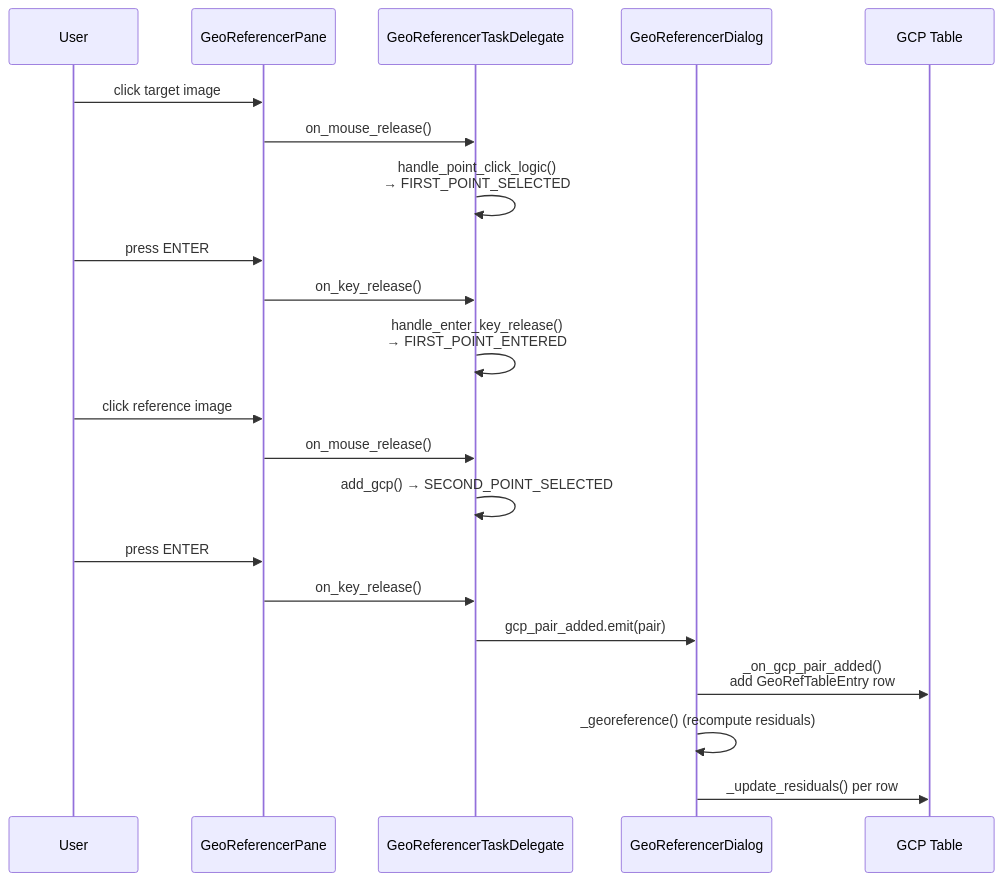
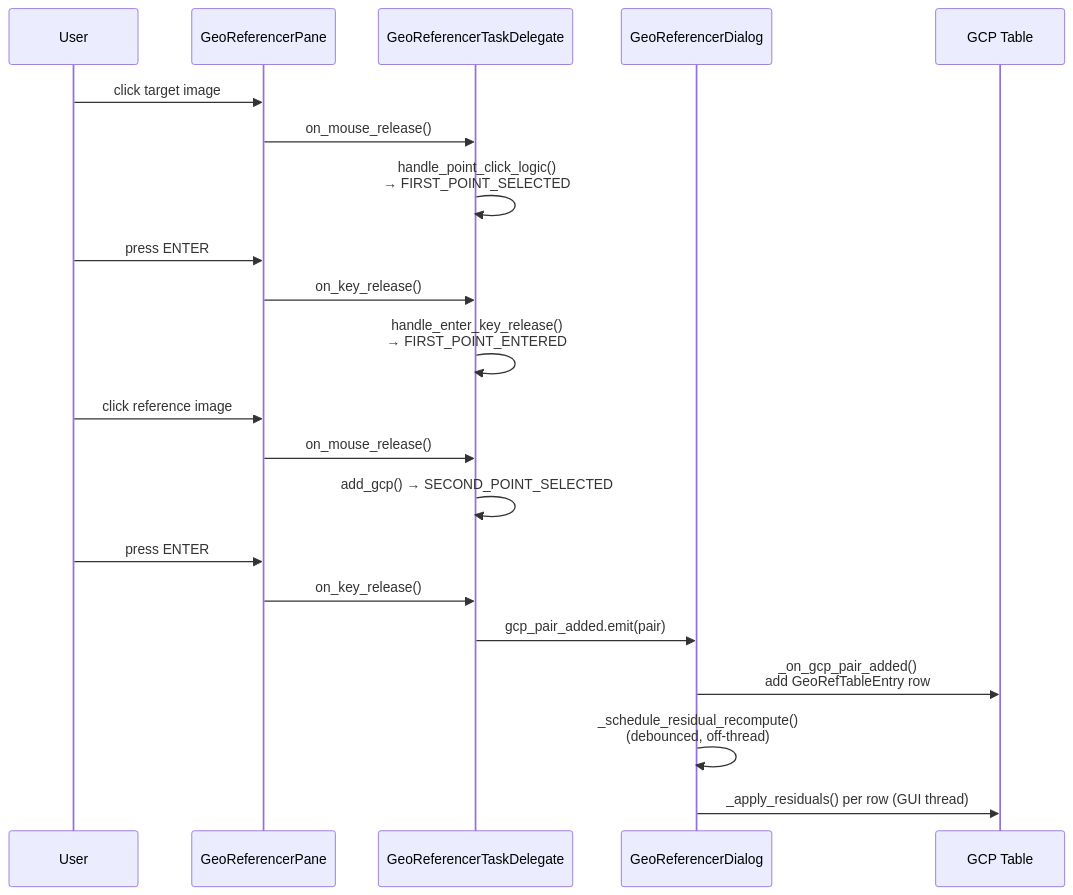
The third of 5 diagrams in doc/sphinx-general-wiser-docs/source/developer-content/georeferencer-internals.md (Ehlmann-research-group/WISER), drawn with Mermaid before and after one commit. The commit also changed other lines of this file, not shown here.

````diff
--- a/doc/sphinx-general-wiser-docs/source/developer-content/georeferencer-internals.md
+++ b/doc/sphinx-general-wiser-docs/source/developer-content/georeferencer-internals.md
@@ -319,24 +337,24 @@
 ```{mermaid}
 sequenceDiagram
     participant User
     participant Pane as GeoReferencerPane
     participant Del as GeoReferencerTaskDelegate
     participant Dlg as GeoReferencerDialog
     participant Table as GCP Table
 
     User->>Pane: click target image
     Pane->>Del: on_mouse_release()
     Del->>Del: handle_point_click_logic()<br/>→ FIRST_POINT_SELECTED
     User->>Pane: press ENTER
     Pane->>Del: on_key_release()
     Del->>Del: handle_enter_key_release()<br/>→ FIRST_POINT_ENTERED
     User->>Pane: click reference image
     Pane->>Del: on_mouse_release()
     Del->>Del: add_gcp() → SECOND_POINT_SELECTED
     User->>Pane: press ENTER
     Pane->>Del: on_key_release()
     Del->>Dlg: gcp_pair_added.emit(pair)
     Dlg->>Table: _on_gcp_pair_added()<br/>add GeoRefTableEntry row
-    Dlg->>Dlg: _georeference() (recompute residuals)
-    Dlg->>Table: _update_residuals() per row
+    Dlg->>Dlg: _schedule_residual_recompute()<br/>(debounced, off-thread)
+    Dlg->>Table: _apply_residuals() per row (GUI thread)
 ```
````
